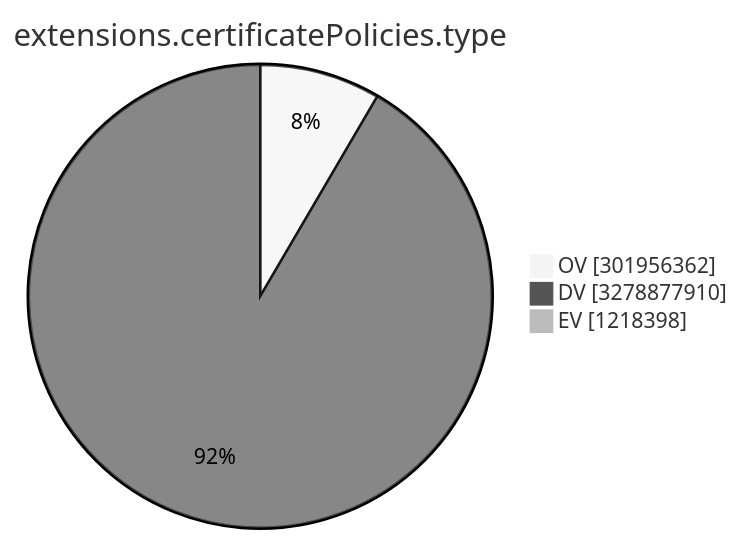
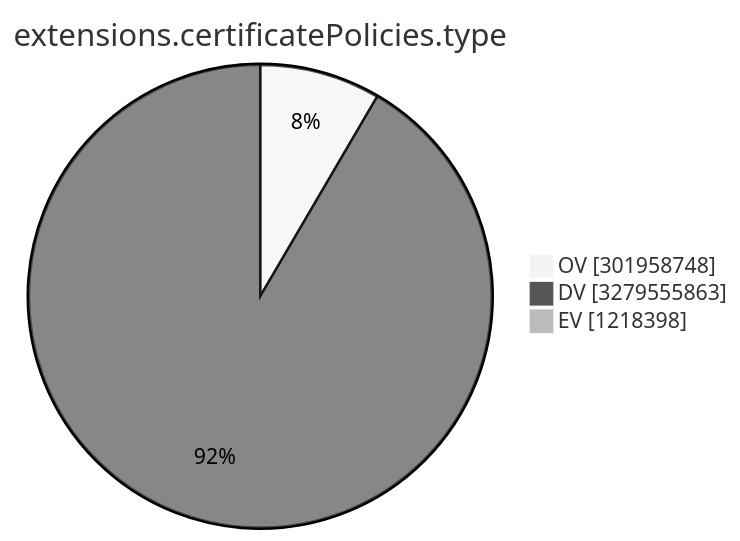
One commit to christiankrug/ctmonitor_visualization changed the ninth of 15 diagrams in TOTAL/README.md. Above: the diagram before and after it, drawn with Mermaid (neutral theme). The commit also changed other lines of this file, not shown here.

````diff
--- a/TOTAL/README.md
+++ b/TOTAL/README.md
@@ -3107,7 +3107,7 @@
 ```mermaid
 pie showData
 title extensions.certificatePolicies.type
-"OV" :301956362
-"DV" :3278877910
+"OV" :301958748
+"DV" :3279555863
 "EV" :1218398
 ```
````
